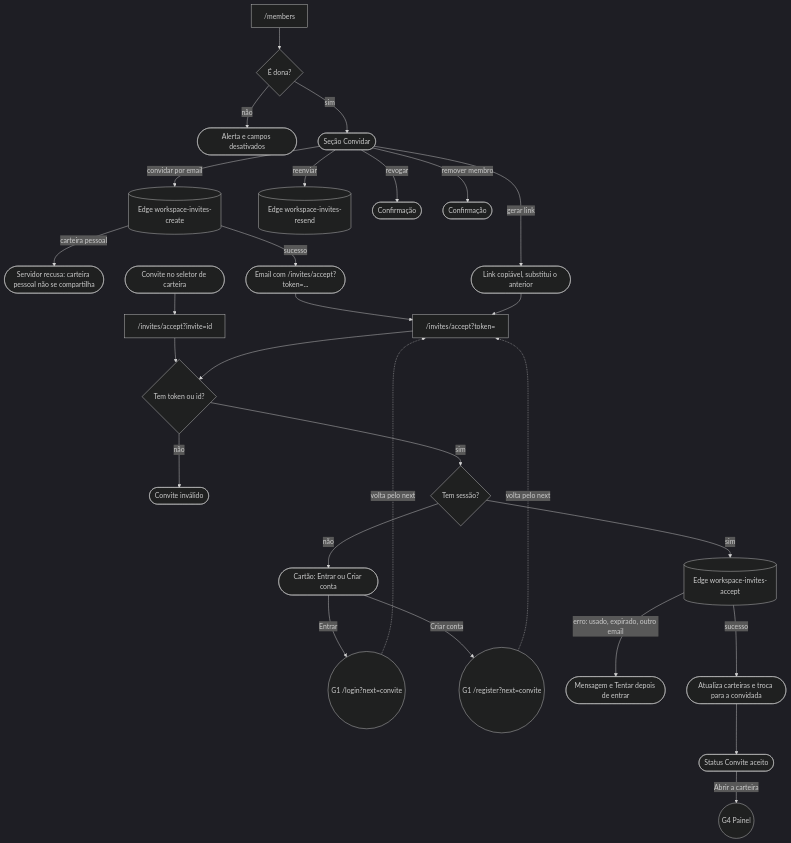
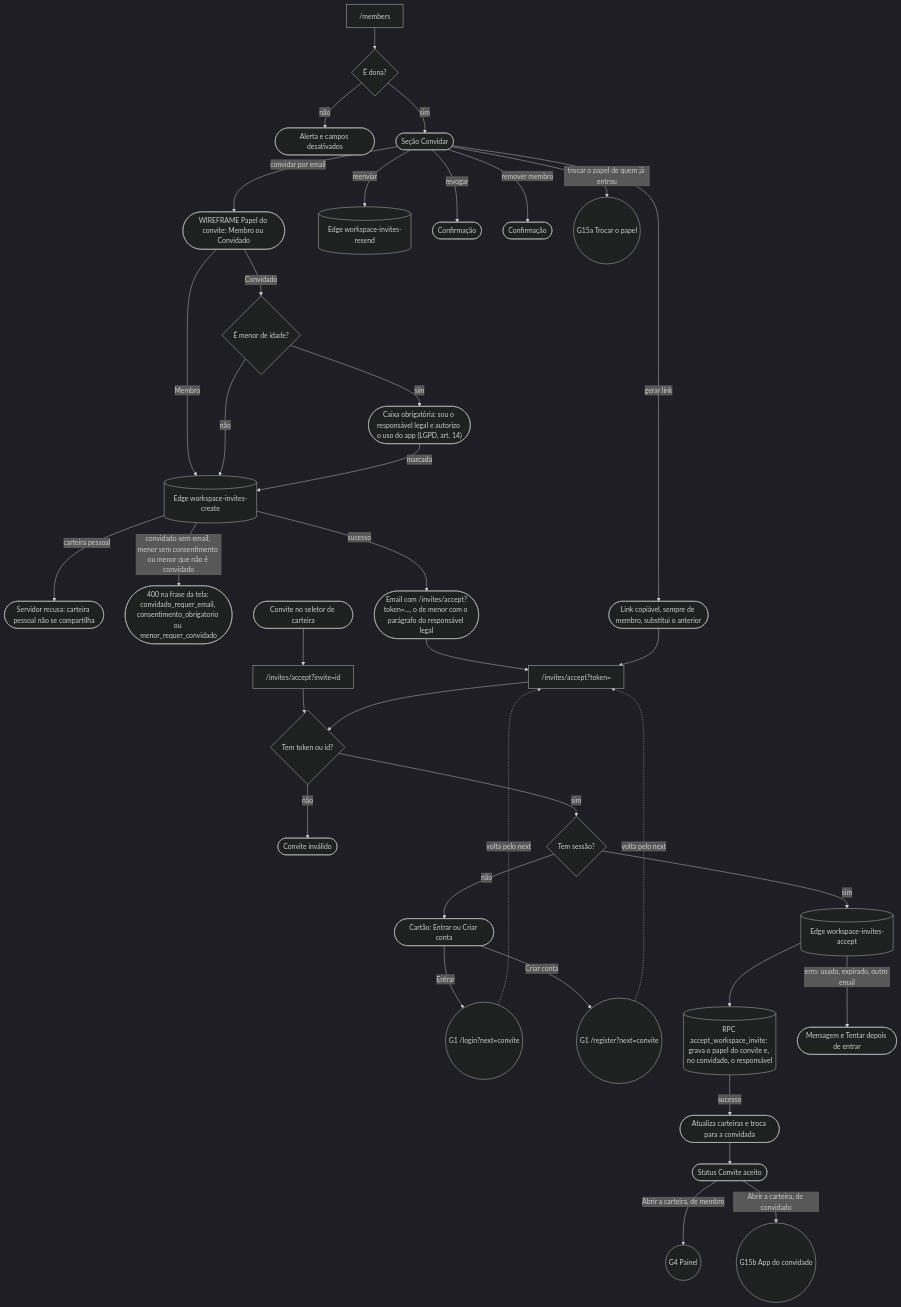
The fifth of 22 diagrams in docs/JORNADAS.md (kauax2000/finance_app), drawn with Mermaid before and after one commit. The commit also changed other lines of this file and 4 other files, not shown here.

````diff
--- a/docs/JORNADAS.md
+++ b/docs/JORNADAS.md
@@ -294,32 +305,41 @@
 ```mermaid
 %%{init: {"theme": "dark"}}%%
 flowchart TD
     members["/members"] --> isOwner{"É dona?"}
     isOwner -->|"não"| readonly(["Alerta e campos desativados"])
     isOwner -->|"sim"| actions(["Seção Convidar"])
-    actions -->|"convidar por email"| create[("Edge workspace-invites-create")]
+    actions -->|"convidar por email"| papel(["WIREFRAME Papel do convite: Membro ou Convidado"])
+    papel -->|"Membro"| create[("Edge workspace-invites-create")]
+    papel -->|"Convidado"| menorQ{"É menor de idade?"}
+    menorQ -->|"não"| create
+    menorQ -->|"sim"| consent(["Caixa obrigatória: sou o responsável legal e autorizo o uso do app (LGPD, art. 14)"])
+    consent -->|"marcada"| create
     create -->|"carteira pessoal"| rejected(["Servidor recusa: carteira pessoal não se compartilha"])
-    create -->|"sucesso"| mail(["Email com /invites/accept?token=..."])
-    actions -->|"gerar link"| link(["Link copiável, substitui o anterior"])
+    create -->|"convidado sem email, menor sem consentimento ou menor que não é convidado"| recusa(["400 na frase da tela: convidado_requer_email, consentimento_obrigatorio ou menor_requer_convidado"])
+    create -->|"sucesso"| mail(["Email com /invites/accept?token=..., o de menor com o parágrafo do responsável legal"])
+    actions -->|"gerar link"| link(["Link copiável, sempre de membro, substitui o anterior"])
     actions -->|"reenviar"| resend[("Edge workspace-invites-resend")]
     actions -->|"revogar"| revoke(["Confirmação"])
     actions -->|"remover membro"| remove(["Confirmação"])
+    actions -->|"trocar o papel de quem já entrou"| G15a(("G15a Trocar o papel"))
 
     mail --> acceptPage["/invites/accept?token="]
     link --> acceptPage
     picker(["Convite no seletor de carteira"]) --> acceptById["/invites/accept?invite=id"]
     acceptById --> hasToken
     acceptPage --> hasToken{"Tem token ou id?"}
     hasToken -->|"não"| invalid(["Convite inválido"])
     hasToken -->|"sim"| logged{"Tem sessão?"}
     logged -->|"não"| gate(["Cartão: Entrar ou Criar conta"])
     gate -->|"Entrar"| login(("G1 /login?next=convite"))
     gate -->|"Criar conta"| register(("G1 /register?next=convite"))
     login -.->|"volta pelo next"| acceptPage
     register -.->|"volta pelo next"| acceptPage
     logged -->|"sim"| acceptFn[("Edge workspace-invites-accept")]
+    acceptFn --> grava[("RPC accept_workspace_invite: grava o papel do convite e, no convidado, o responsável")]
     acceptFn -->|"erro: usado, expirado, outro email"| fail(["Mensagem e Tentar depois de entrar"])
-    acceptFn -->|"sucesso"| switched(["Atualiza carteiras e troca para a convidada"])
+    grava -->|"sucesso"| switched(["Atualiza carteiras e troca para a convidada"])
     switched --> accepted(["Status Convite aceito"])
-    accepted -->|"Abrir a carteira"| dash(("G4 Painel"))
+    accepted -->|"Abrir a carteira, de membro"| dash(("G4 Painel"))
+    accepted -->|"Abrir a carteira, de convidado"| guest(("G15b App do convidado"))
 ```
````
